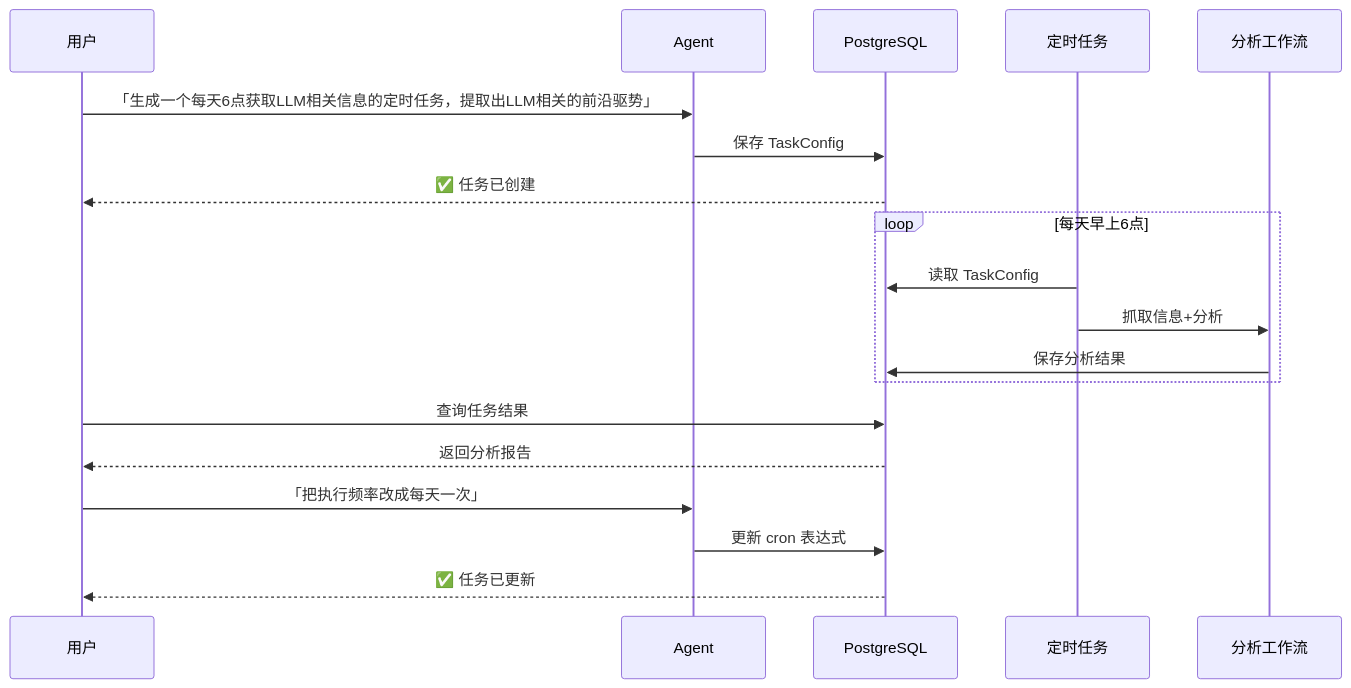
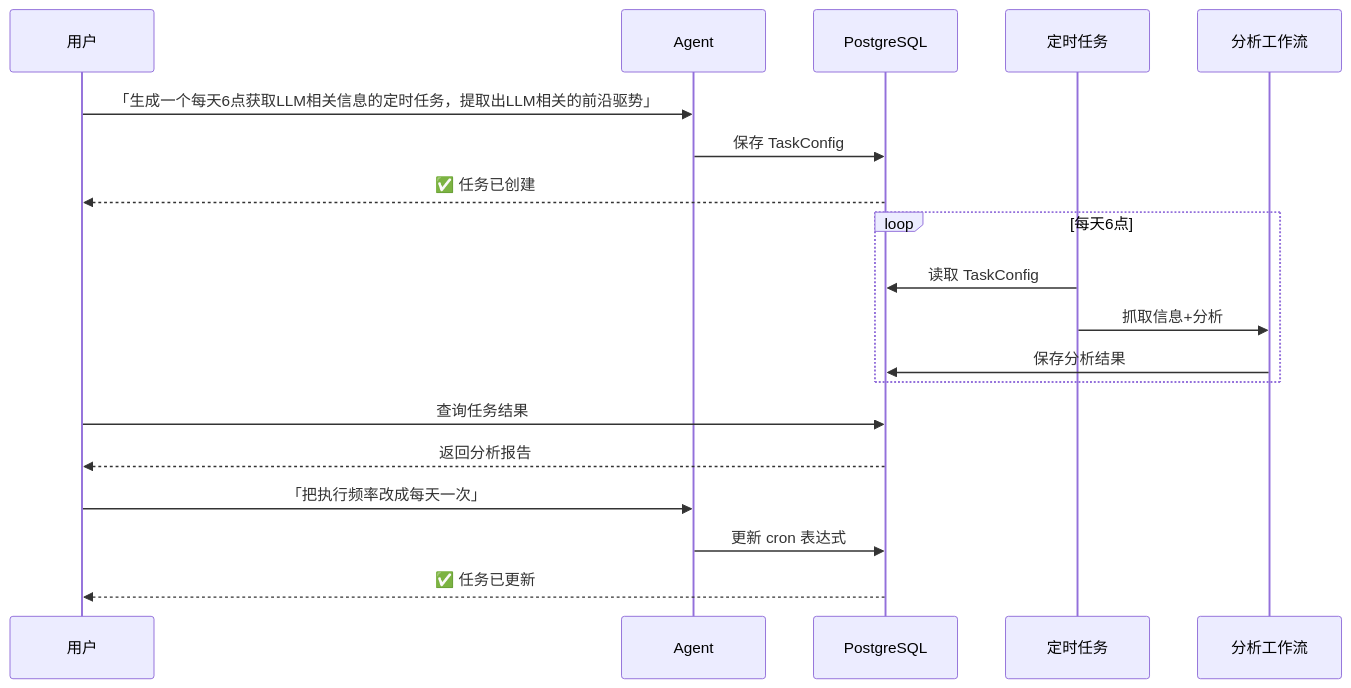
Before and after one commit to JinJieBeWater/redgent: the first of 4 diagrams in README.md, drawn with Mermaid. The commit also changed other lines of this file, not shown here.

````diff
--- a/README.md
+++ b/README.md
@@ -65,30 +65,30 @@
 ```mermaid
 %% Redgent 核心任务流程
 sequenceDiagram
     participant U as 用户
     participant AI as Agent
     participant PG as PostgreSQL
     participant SCH as 定时任务
     participant WF as 分析工作流
 
     %% 1. 创建任务
     U->>AI: 「生成一个每天6点获取LLM相关信息的定时任务，提取出LLM相关的前沿驱势」
     AI->>PG: 保存 TaskConfig
     PG-->>U: ✅ 任务已创建
 
     %% 2. 定时执行
-    loop 每天早上6点
+    loop 每天6点
         SCH->>PG: 读取 TaskConfig
         SCH->>WF: 抓取信息+分析
         WF->>PG: 保存分析结果
     end
 
     %% 3. 查看结果
     U->>PG: 查询任务结果
     PG-->>U: 返回分析报告
 
     %% 4. 修改任务
     U->>AI: 「把执行频率改成每天一次」
     AI->>PG: 更新 cron 表达式
     PG-->>U: ✅ 任务已更新
 ```
````
